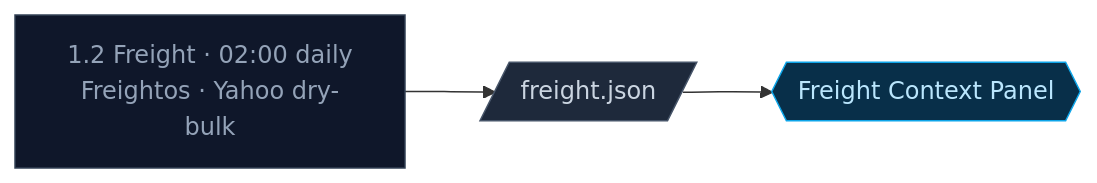
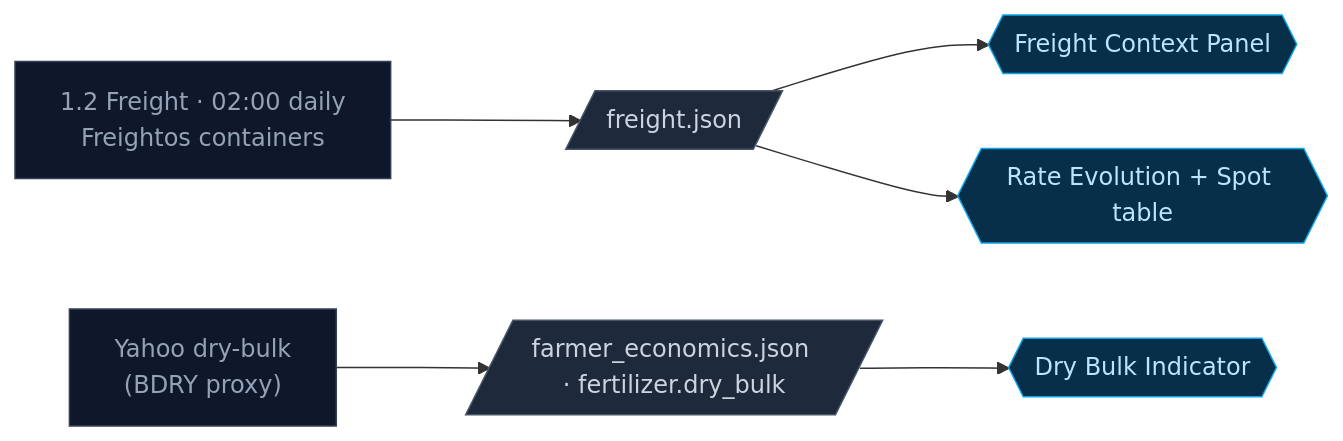
The fourth of 9 diagrams in docs/DATA_PLATFORM_MAP.md (loicscanu-ctrl/Coffee-intel-map), drawn with Mermaid before and after one commit. The commit also changed other lines of this file and 12 other files, not shown here.

````diff
--- a/docs/DATA_PLATFORM_MAP.md
+++ b/docs/DATA_PLATFORM_MAP.md
@@ -272,16 +269,23 @@
 ```mermaid
 flowchart LR
-  W12["1.2 Freight · 02:00 daily<br/>Freightos · Yahoo dry-bulk"]
+  W12["1.2 Freight · 02:00 daily<br/>Freightos containers"]
+  WDRY["Yahoo dry-bulk<br/>(BDRY proxy)"]
   J_fr[/freight.json/]
+  J_fe[/farmer_economics.json · fertilizer.dry_bulk/]
   ctx{{Freight Context Panel}}
-  W12 --> J_fr --> ctx
+  rate{{Rate Evolution + Spot table}}
+  dry{{Dry Bulk Indicator}}
+  W12 --> J_fr
+  J_fr --> ctx
+  J_fr --> rate
+  WDRY --> J_fe --> dry
 
   classDef scr fill:#0f172a,stroke:#334155,color:#94a3b8;
   classDef store fill:#450a0a,stroke:#ef4444,color:#fecaca;
   classDef proc fill:#1f2937,stroke:#64748b,color:#cbd5e1;
   classDef json fill:#1e293b,stroke:#475569,color:#cbd5e1;
   classDef vis fill:#082f49,stroke:#0ea5e9,color:#bae6fd;
-  class W12 scr;
-  class J_fr json;
-  class ctx vis;
+  class W12,WDRY scr;
+  class J_fr,J_fe json;
+  class ctx,rate,dry vis;
 ```
````
